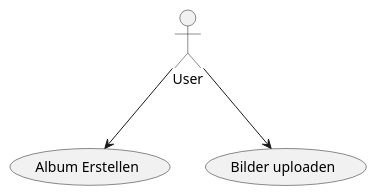
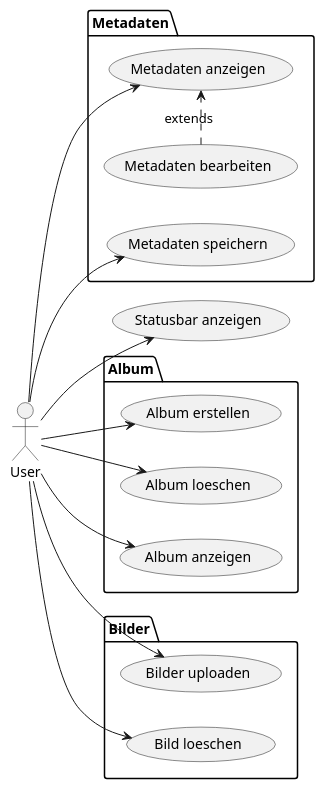
One commit to joshua-lehmann/ImageMetaManager changed the diagram in Documentation/Diagrams/UseCase.puml. Above: the diagram before and after it, drawn with PlantUML. The commit also changed 2 other files, not shown here.

Commit message:
ImageMetaManager-4 Added diagram and some description

```diff
--- a/Documentation/Diagrams/UseCase.puml
+++ b/Documentation/Diagrams/UseCase.puml
@@ -1,9 +1,27 @@
 @startuml useCaseDiagram
 'https://plantuml.com/use-case-diagram
 
+left to right direction
+
 :User:
 
-User --> (Album Erstellen)
+package Album {
+User --> (Album erstellen)
+User --> (Album loeschen)
+User --> (Album anzeigen)
+}
+
+package Bilder {
 User --> (Bilder uploaden)
+User --> (Bild loeschen)
+}
+
+package Metadaten {
+User --> (Metadaten anzeigen)
+(Metadaten bearbeiten) .> (Metadaten anzeigen) : extends
+User --> (Metadaten speichern)
+}
+
+User --> (Statusbar anzeigen)
 
 @enduml
```
